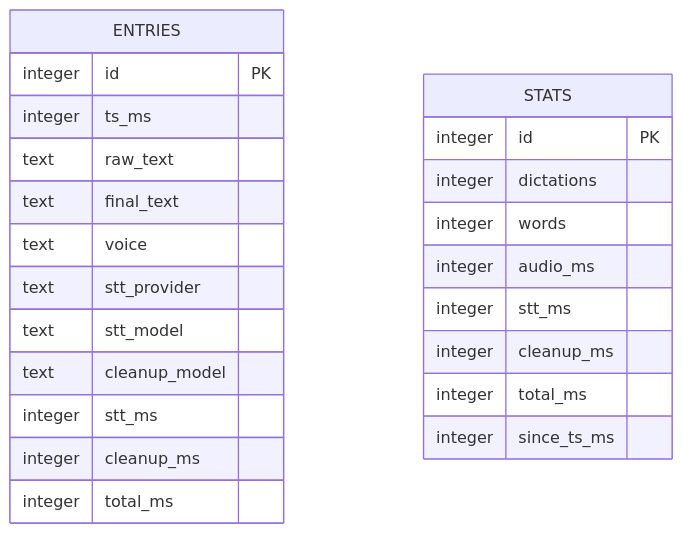
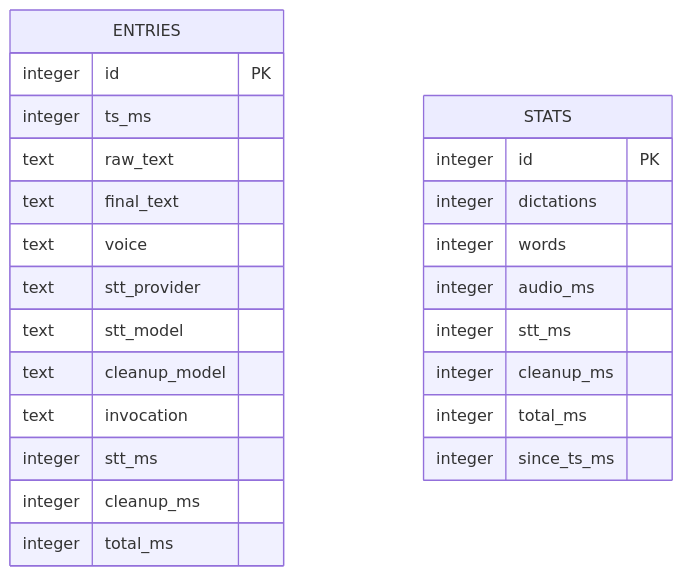
One commit to BoardPandas/Hark changed the diagram in Docs/core/DATA_STORAGE.md. Above: the diagram before and after it, drawn with Mermaid. The commit also changed other lines of this file and 9 other files, not shown here.

````diff
--- a/Docs/core/DATA_STORAGE.md
+++ b/Docs/core/DATA_STORAGE.md
@@ -88,26 +96,27 @@
 ```mermaid
 erDiagram
     ENTRIES {
         integer id PK
         integer ts_ms
         text raw_text
         text final_text
         text voice
         text stt_provider
         text stt_model
         text cleanup_model
+        text invocation
         integer stt_ms
         integer cleanup_ms
         integer total_ms
     }
     STATS {
         integer id PK
         integer dictations
         integer words
         integer audio_ms
         integer stt_ms
         integer cleanup_ms
         integer total_ms
         integer since_ts_ms
     }
 ```
````
